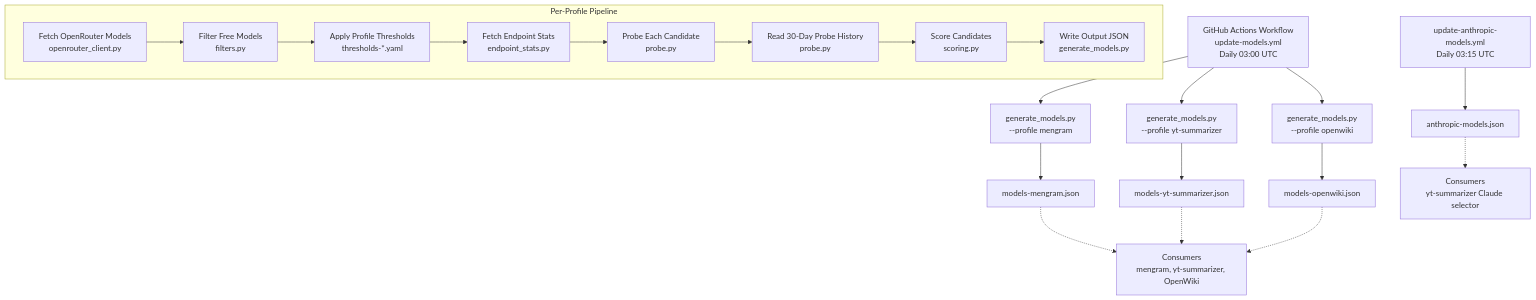
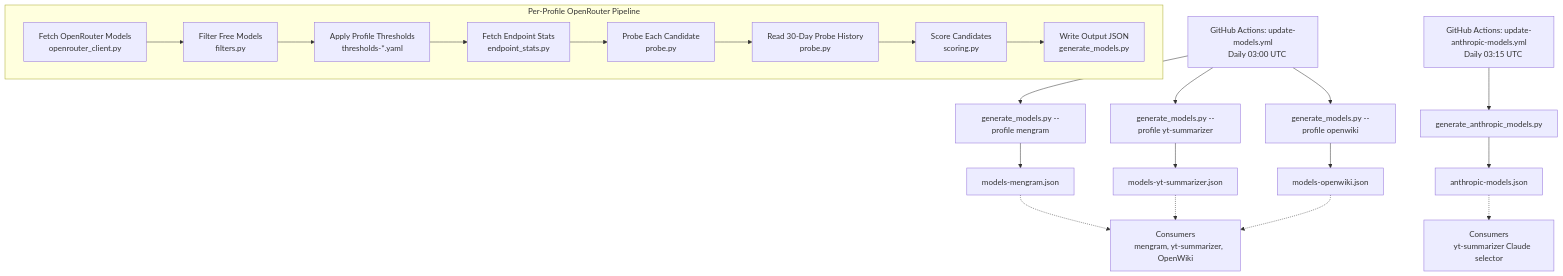
The first of 3 diagrams in openwiki/architecture/overview.md (smoochy/openrouter-model-list), drawn with Mermaid before and after one commit. The commit also changed other lines of this file and 27 other files, not shown here.

Commit message:
docs: update OpenWiki

````diff
--- a/openwiki/architecture/overview.md
+++ b/openwiki/architecture/overview.md
@@ -32,43 +36,40 @@
 ```mermaid
 flowchart TD
-    A[GitHub Actions Workflow
-update-models.yml
-Daily 03:00 UTC] --> B[generate_models.py
---profile mengram]
-    A --> C[generate_models.py
---profile yt-summarizer]
-    A --> D[generate_models.py
---profile openwiki]
+    A[GitHub Actions: update-models.yml
+    Daily 03:00 UTC] --> B[generate_models.py --profile mengram]
+    A --> C[generate_models.py --profile yt-summarizer]
+    A --> D[generate_models.py --profile openwiki]
 
     B --> F[models-mengram.json]
     C --> G[models-yt-summarizer.json]
     D --> H[models-openwiki.json]
 
-    E[update-anthropic-models.yml
-Daily 03:15 UTC] --> I[anthropic-models.json]
+    E[GitHub Actions: update-anthropic-models.yml
+    Daily 03:15 UTC] --> I[generate_anthropic_models.py]
+    I --> J[anthropic-models.json]
 
-    subgraph Pipeline[Per-Profile Pipeline]
+    subgraph Pipeline[Per-Profile OpenRouter Pipeline]
         B1[Fetch OpenRouter Models
-openrouter_client.py] --> B2[Filter Free Models
-filters.py]
+        openrouter_client.py] --> B2[Filter Free Models
+        filters.py]
         B2 --> B3[Apply Profile Thresholds
-thresholds-*.yaml]
+        thresholds-*.yaml]
         B3 --> B4[Fetch Endpoint Stats
-endpoint_stats.py]
+        endpoint_stats.py]
         B4 --> B5[Probe Each Candidate
-probe.py]
+        probe.py]
         B5 --> B6[Read 30-Day Probe History
-probe.py]
+        probe.py]
         B6 --> B7[Score Candidates
-scoring.py]
+        scoring.py]
         B7 --> B8[Write Output JSON
-generate_models.py]
+        generate_models.py]
     end
 
-    F -.-> J[Consumers
-mengram, yt-summarizer, OpenWiki]
-    G -.-> J
-    H -.-> J
-    I -.-> K[Consumers
-yt-summarizer Claude selector]
+    F -.-> K[Consumers
+    mengram, yt-summarizer, OpenWiki]
+    G -.-> K
+    H -.-> K
+    J -.-> L[Consumers
+    yt-summarizer Claude selector]
 ```
````
